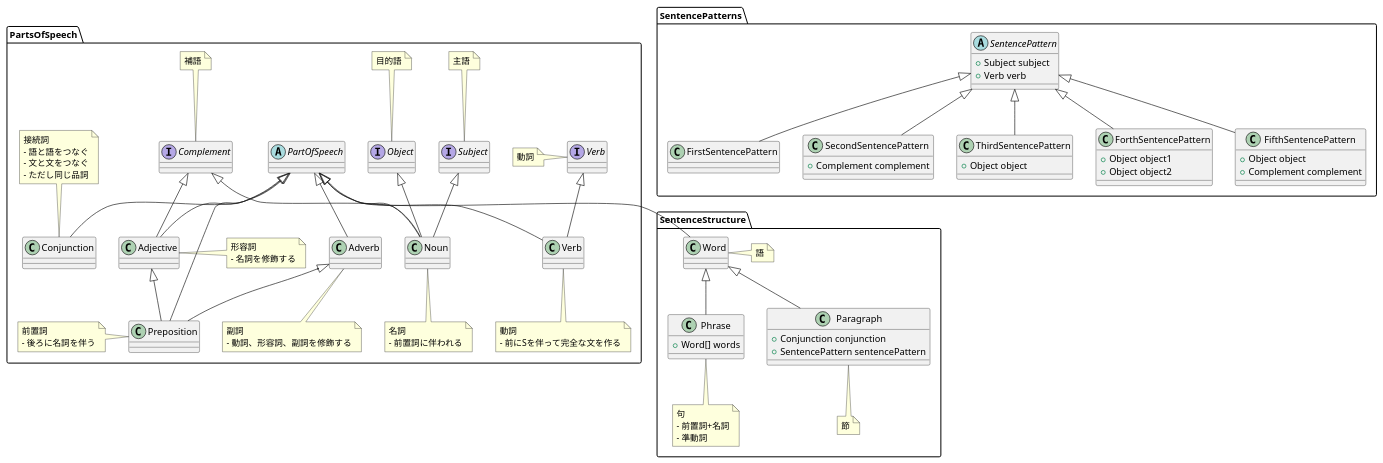
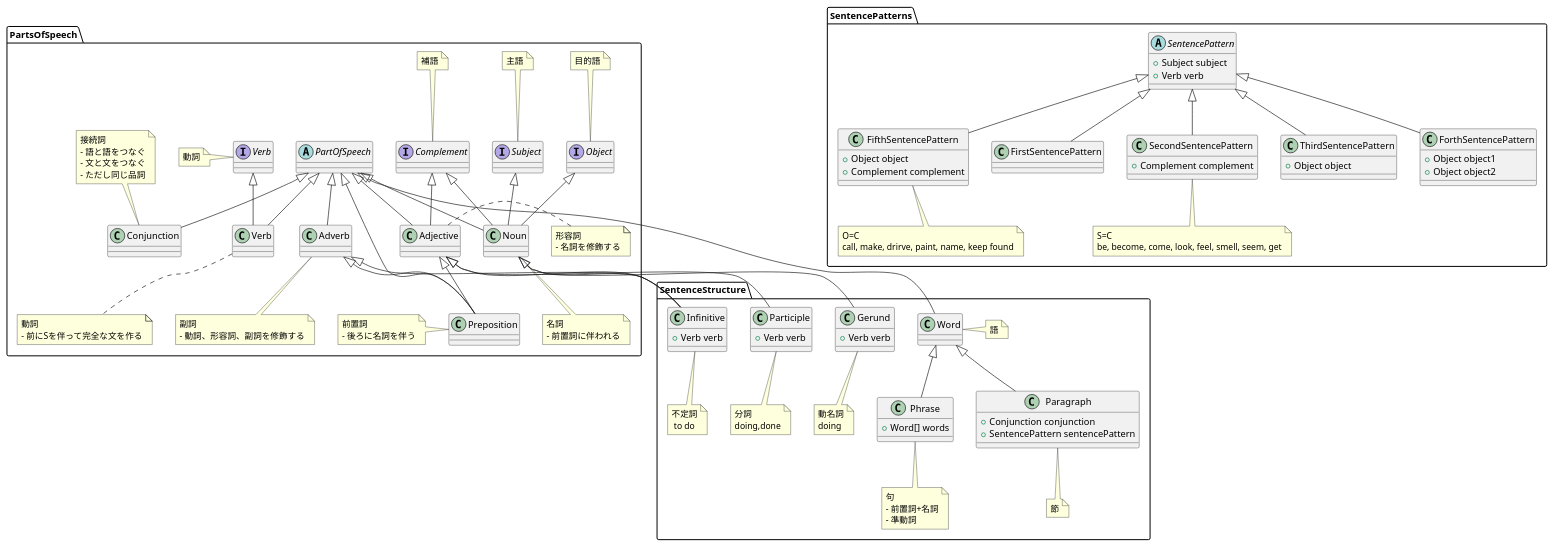
One commit to JHashimoto0518/structure-of-english changed the diagram in docs/diagrams/src/class_diagram.pu. Above: the diagram before and after it, drawn with PlantUML.

Commit message:
add class

```diff
--- a/docs/diagrams/src/class_diagram.pu
+++ b/docs/diagrams/src/class_diagram.pu
@@ -1,121 +1,143 @@
 @startuml Structure of English
 
 package PartsOfSpeech {
     interface Subject
     note top : 主語
 
     interface "Verb" as IVerb
     note left : 動詞
 
     interface Object
     note top : 目的語
 
     interface Complement
     note top : 補語
 
     abstract class PartOfSpeech {
     }
 
     '名詞
     class Noun {
     }
     note bottom : 名詞\n- 前置詞に伴われる
     PartOfSpeech <|-- Noun
     Subject <|-- Noun
     Object <|-- Noun
     Complement <|-- Noun
 
     '動詞
     class Verb {
 
     }
     note bottom : 動詞\n- 前にSを伴って完全な文を作る
     PartOfSpeech <|-- Verb
     IVerb <|-- Verb
 
     '形容詞
     class Adjective {
 
     }
     note right : 形容詞\n- 名詞を修飾する
     Complement <|-- Adjective
     PartOfSpeech <|-- Adjective
 
     '副詞
     class Adverb {
 
     }
     note bottom : 副詞\n- 動詞、形容詞、副詞を修飾する
     PartOfSpeech <|-- Adverb
 
     '前置詞
     class Preposition {
 
     }
     note left : 前置詞\n- 後ろに名詞を伴う
     PartOfSpeech <|-- Preposition
     Adjective <|-- Preposition
     Adverb <|-- Preposition
 
     '接続詞
     class Conjunction {
 
     }
     note top : 接続詞\n- 語と語をつなぐ\n- 文と文をつなぐ\n- ただし同じ品詞
     PartOfSpeech <|-- Conjunction
 }
 
 package SentencePatterns {
     abstract class SentencePattern {
         + Subject subject
         + Verb verb
     }
 
     class FirstSentencePattern {
     }
     SentencePattern <|-- FirstSentencePattern
 
     class SecondSentencePattern {
         + Complement complement
     }
+    note bottom : S=C\nbe, become, come, look, feel, smell, seem, get
     SentencePattern <|-- SecondSentencePattern
 
     class ThirdSentencePattern {
         + Object object
     }
     SentencePattern <|-- ThirdSentencePattern
 
     class ForthSentencePattern {
         + Object object1
         + Object object2
     }
     SentencePattern <|-- ForthSentencePattern
 
     class FifthSentencePattern {
         + Object object
         + Complement complement
     }
+    note bottom : O=C\ncall, make, drirve, paint, name, keep found
     SentencePattern <|-- FifthSentencePattern
 }
 
 package SentenceStructure {
     class Word {
 
     }
     note right : 語
     PartOfSpeech <|-- Word
 
     class Phrase {
         + Word[] words
     }
     note bottom : 句\n- 前置詞+名詞\n- 準動詞
     Word <|-- Phrase
 
     class Paragraph {
         + Conjunction conjunction
         + SentencePattern sentencePattern
     }
     note bottom : 節
     Word <|-- Paragraph
+
+    class Gerund {
+        + Verb verb
+    }
+    note bottom : 動名詞\ndoing
+    Noun <|-- Gerund
+
+    class Participle {
+        + Verb verb
+    }
+    note bottom : 分詞\ndoing,done
+    Adjective <|-- Participle
+
+    class Infinitive {
+        + Verb verb
+    }
+    note bottom : 不定詞\n to do
+    Noun <|-- Infinitive
+    Adjective <|-- Infinitive
+    Adverb <|-- Infinitive
 }
 @enduml
```
